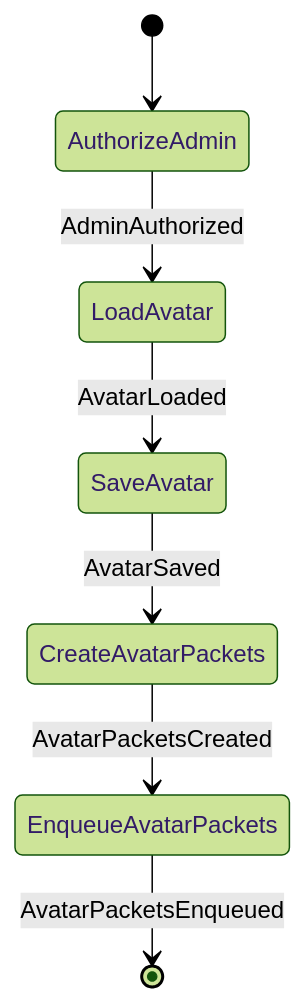
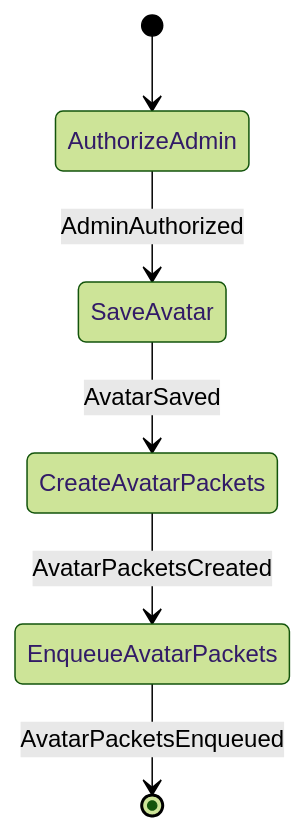
Before and after one commit to cbgm/Sparrow: the ninth of 16 diagrams in docs/architecture/workflows/groupstate.md, drawn with Mermaid (forest theme). The commit also changed other lines of this file and 226 other files, not shown here.

````diff
--- a/docs/architecture/workflows/groupstate.md
+++ b/docs/architecture/workflows/groupstate.md
@@ -207,9 +204,8 @@
 ```mermaid
 stateDiagram-v2
     [*] --> AuthorizeAdmin
-    AuthorizeAdmin --> LoadAvatar : AdminAuthorized
-    LoadAvatar --> SaveAvatar : AvatarLoaded
+    AuthorizeAdmin --> SaveAvatar : AdminAuthorized
     SaveAvatar --> CreateAvatarPackets : AvatarSaved
     CreateAvatarPackets --> EnqueueAvatarPackets : AvatarPacketsCreated
     EnqueueAvatarPackets --> [*] : AvatarPacketsEnqueued
 ```
````
